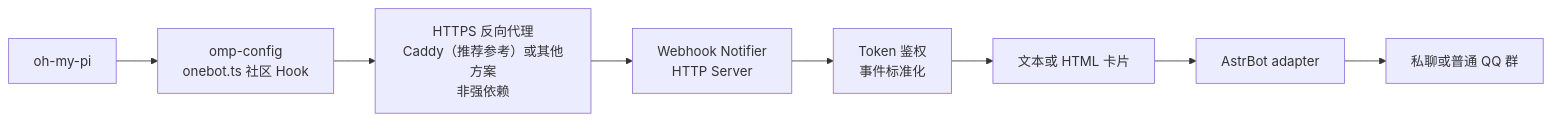
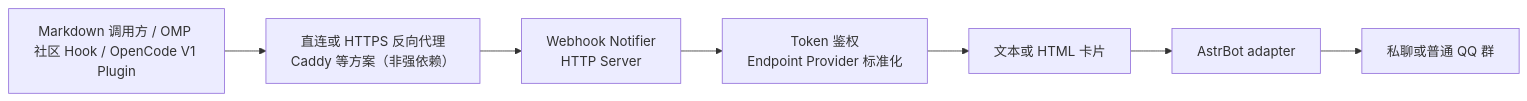
Before and after one commit to AsterleedsGuild0/astrbot_plugin_webhook_notifier: the diagram in README.md, drawn with Mermaid. The commit also changed other lines of this file and 9 other files, not shown here.

````diff
--- a/README.md
+++ b/README.md
@@ -35,6 +35,6 @@
 ```mermaid
 flowchart LR
-    A["oh-my-pi"] --> B["omp-config<br/>onebot.ts 社区 Hook"] --> C["HTTPS 反向代理<br/>Caddy（推荐参考）或其他方案<br/>非强依赖"]
-    C --> D["Webhook Notifier<br/>HTTP Server"] --> E["Token 鉴权<br/>事件标准化"]
+    A["Markdown 调用方 / OMP 社区 Hook / OpenCode V1 Plugin"] --> C["直连或 HTTPS 反向代理<br/>Caddy 等方案（非强依赖）"]
+    C --> D["Webhook Notifier<br/>HTTP Server"] --> E["Token 鉴权<br/>Endpoint Provider 标准化"]
     E --> F["文本或 HTML 卡片"] --> G["AstrBot adapter"] --> H["私聊或普通 QQ 群"]
 ```
````
